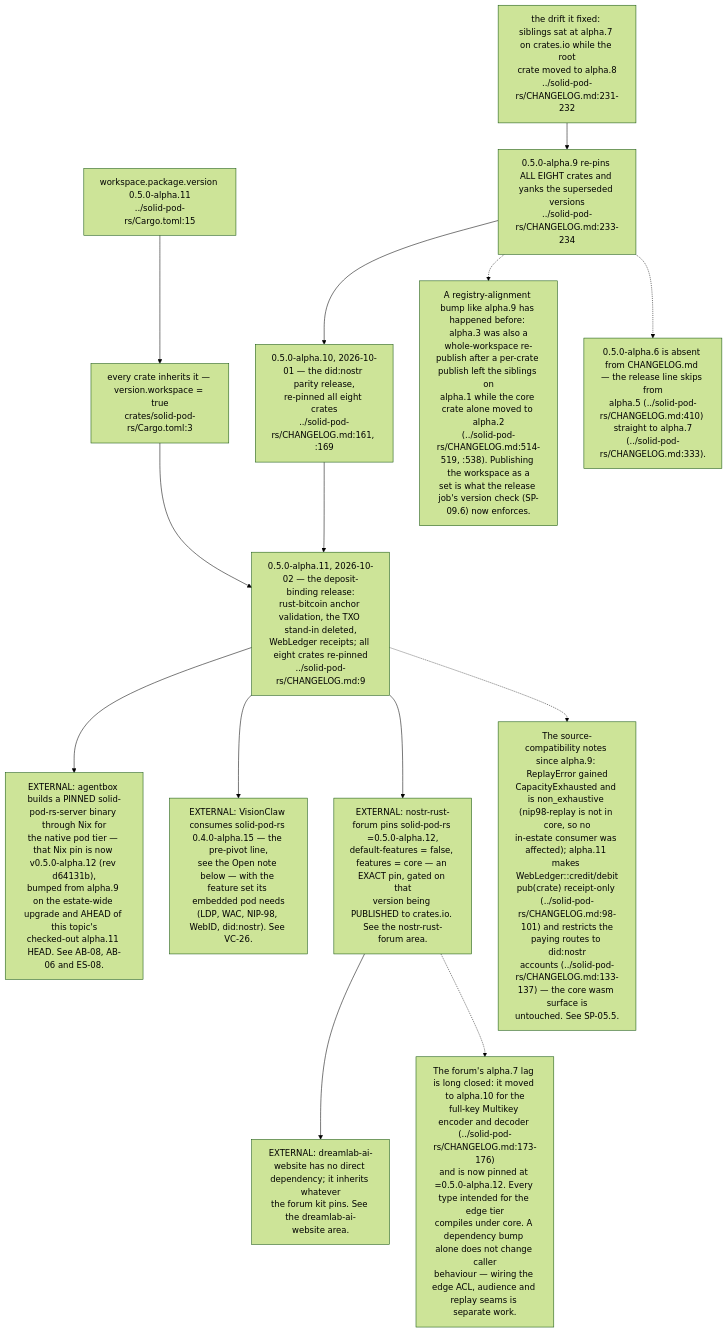
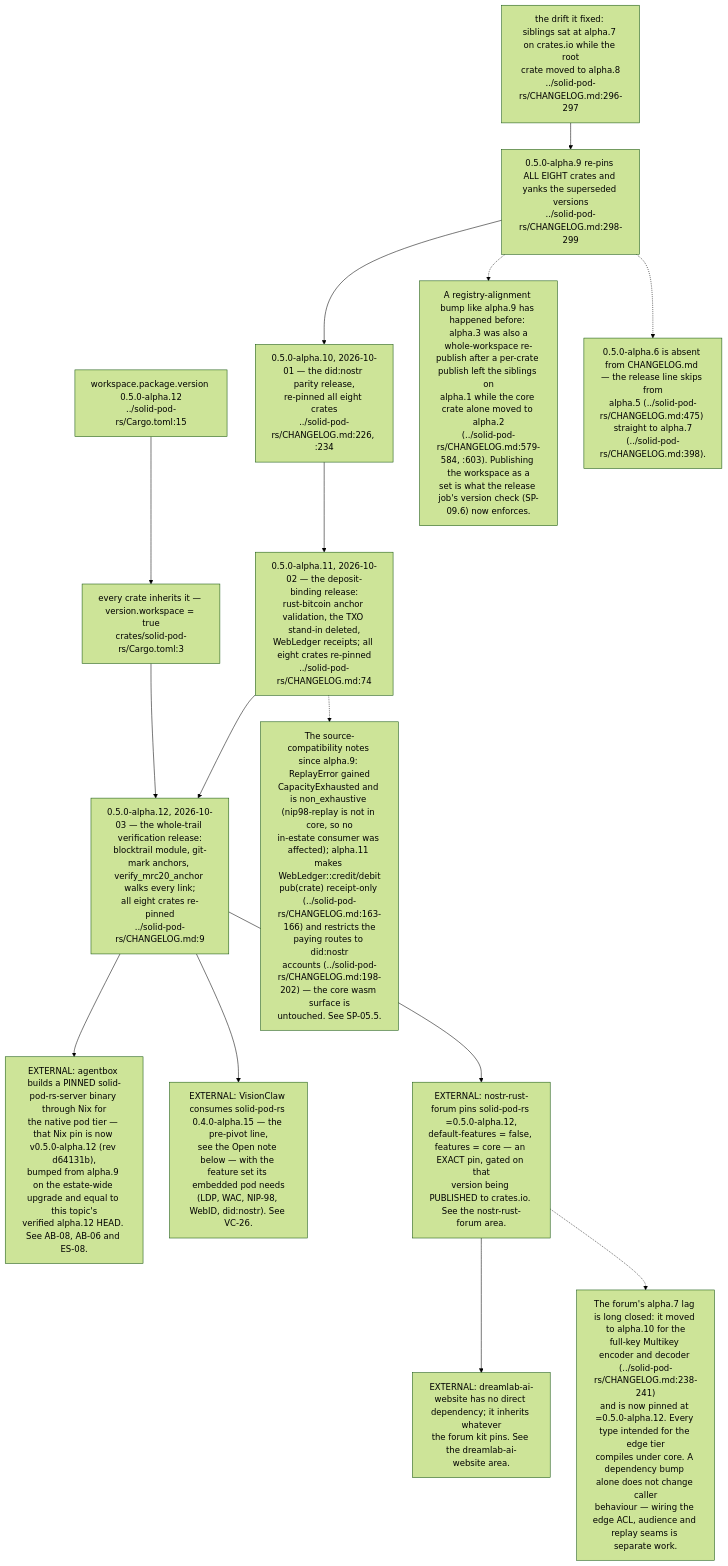
The fifth of 9 diagrams in docs/diagrams/solid-pod-rs/09-ci-release-and-consumer-pins.md (DreamLab-AI/VisionFlow), drawn with Mermaid (forest theme) before and after one commit. The commit also changed other lines of this file and 26 other files, not shown here.

First line of the commit message:
docs(diagrams): re-verify solid-pod-rs, nostr-rust-forum and visionclaw 22/36 against HEAD

````diff
--- a/docs/diagrams/solid-pod-rs/09-ci-release-and-consumer-pins.md
+++ b/docs/diagrams/solid-pod-rs/09-ci-release-and-consumer-pins.md
@@ -164,33 +164,35 @@
 ```mermaid
 flowchart TD
-    WSV["workspace.package.version 0.5.0-alpha.11<br/>../solid-pod-rs/Cargo.toml:15"]
+    WSV["workspace.package.version 0.5.0-alpha.12<br/>../solid-pod-rs/Cargo.toml:15"]
     INH["every crate inherits it — version.workspace = true<br/>crates/solid-pod-rs/Cargo.toml:3"]
-    REL11["0.5.0-alpha.11, 2026-10-02 — the deposit-binding release:<br/>rust-bitcoin anchor validation, the TXO stand-in deleted,<br/>WebLedger receipts; all eight crates re-pinned<br/>../solid-pod-rs/CHANGELOG.md:9"]
-    REL10["0.5.0-alpha.10, 2026-10-01 — the did:nostr parity release,<br/>re-pinned all eight crates<br/>../solid-pod-rs/CHANGELOG.md:161, :169"]
-    REL["0.5.0-alpha.9 re-pins ALL EIGHT crates and yanks the superseded versions<br/>../solid-pod-rs/CHANGELOG.md:233-234"]
-    DRIFT["the drift it fixed: siblings sat at alpha.7 on crates.io while the root<br/>crate moved to alpha.8<br/>../solid-pod-rs/CHANGELOG.md:231-232"]
+    REL12["0.5.0-alpha.12, 2026-10-03 — the whole-trail verification release:<br/>blocktrail module, git-mark anchors, verify_mrc20_anchor walks every link;<br/>all eight crates re-pinned<br/>../solid-pod-rs/CHANGELOG.md:9"]
+    REL11["0.5.0-alpha.11, 2026-10-02 — the deposit-binding release:<br/>rust-bitcoin anchor validation, the TXO stand-in deleted,<br/>WebLedger receipts; all eight crates re-pinned<br/>../solid-pod-rs/CHANGELOG.md:74"]
+    REL10["0.5.0-alpha.10, 2026-10-01 — the did:nostr parity release,<br/>re-pinned all eight crates<br/>../solid-pod-rs/CHANGELOG.md:226, :234"]
+    REL["0.5.0-alpha.9 re-pins ALL EIGHT crates and yanks the superseded versions<br/>../solid-pod-rs/CHANGELOG.md:298-299"]
+    DRIFT["the drift it fixed: siblings sat at alpha.7 on crates.io while the root<br/>crate moved to alpha.8<br/>../solid-pod-rs/CHANGELOG.md:296-297"]
 
-    WSV --> INH --> REL11
+    WSV --> INH --> REL12
+    REL11 --> REL12
     REL10 --> REL11
     REL --> REL10
     DRIFT --> REL
 
-    AB["EXTERNAL: agentbox builds a PINNED solid-pod-rs-server binary through Nix for<br/>the native pod tier — that Nix pin is now v0.5.0-alpha.12 (rev d64131b),<br/>bumped from alpha.9 on the estate-wide upgrade and AHEAD of this topic's<br/>checked-out alpha.11 HEAD. See AB-08, AB-06 and ES-08."]
+    AB["EXTERNAL: agentbox builds a PINNED solid-pod-rs-server binary through Nix for<br/>the native pod tier — that Nix pin is now v0.5.0-alpha.12 (rev d64131b),<br/>bumped from alpha.9 on the estate-wide upgrade and equal to this topic's<br/>verified alpha.12 HEAD. See AB-08, AB-06 and ES-08."]
     VC["EXTERNAL: VisionClaw consumes solid-pod-rs 0.4.0-alpha.15 — the pre-pivot line,<br/>see the Open note below — with the feature set its embedded pod needs<br/>(LDP, WAC, NIP-98, WebID, did:nostr). See VC-26."]
     NF["EXTERNAL: nostr-rust-forum pins solid-pod-rs =0.5.0-alpha.12,<br/>default-features = false, features = core — an EXACT pin, gated on that<br/>version being PUBLISHED to crates.io. See the nostr-rust-forum area."]
     DW["EXTERNAL: dreamlab-ai-website has no direct dependency; it inherits whatever<br/>the forum kit pins. See the dreamlab-ai-website area."]
 
-    REL11 --> AB
-    REL11 --> VC
-    REL11 --> NF
+    REL12 --> AB
+    REL12 --> VC
+    REL12 --> NF
     NF --> DW
 
-    N["The forum's alpha.7 lag is long closed: it moved to alpha.10 for the<br/>full-key Multikey encoder and decoder (../solid-pod-rs/CHANGELOG.md:173-176)<br/>and is now pinned at =0.5.0-alpha.12. Every type intended for the edge tier<br/>compiles under core. A dependency bump alone does not change caller<br/>behaviour — wiring the edge ACL, audience and replay seams is separate work."]
+    N["The forum's alpha.7 lag is long closed: it moved to alpha.10 for the<br/>full-key Multikey encoder and decoder (../solid-pod-rs/CHANGELOG.md:238-241)<br/>and is now pinned at =0.5.0-alpha.12. Every type intended for the edge tier<br/>compiles under core. A dependency bump alone does not change caller<br/>behaviour — wiring the edge ACL, audience and replay seams is separate work."]
     NF -.-> N
-    N2["The source-compatibility notes since alpha.9: ReplayError gained<br/>CapacityExhausted and is non_exhaustive (nip98-replay is not in core, so no<br/>in-estate consumer was affected); alpha.11 makes WebLedger::credit/debit<br/>pub(crate) receipt-only (../solid-pod-rs/CHANGELOG.md:98-101) and restricts the<br/>paying routes to did:nostr<br/>accounts (../solid-pod-rs/CHANGELOG.md:133-137) — the core wasm surface is<br/>untouched. See SP-05.5."]
+    N2["The source-compatibility notes since alpha.9: ReplayError gained<br/>CapacityExhausted and is non_exhaustive (nip98-replay is not in core, so no<br/>in-estate consumer was affected); alpha.11 makes WebLedger::credit/debit<br/>pub(crate) receipt-only (../solid-pod-rs/CHANGELOG.md:163-166) and restricts the<br/>paying routes to did:nostr<br/>accounts (../solid-pod-rs/CHANGELOG.md:198-202) — the core wasm surface is<br/>untouched. See SP-05.5."]
     REL11 -.-> N2
-    N3["A registry-alignment bump like alpha.9 has happened before: alpha.3 was also a<br/>whole-workspace re-publish after a per-crate publish left the siblings on<br/>alpha.1 while the core crate alone moved to alpha.2<br/>(../solid-pod-rs/CHANGELOG.md:514-519, :538). Publishing the workspace as a<br/>set is what the release job's version check (SP-09.6) now enforces."]
+    N3["A registry-alignment bump like alpha.9 has happened before: alpha.3 was also a<br/>whole-workspace re-publish after a per-crate publish left the siblings on<br/>alpha.1 while the core crate alone moved to alpha.2<br/>(../solid-pod-rs/CHANGELOG.md:579-584, :603). Publishing the workspace as a<br/>set is what the release job's version check (SP-09.6) now enforces."]
     REL -.-> N3
-    N4["0.5.0-alpha.6 is absent from CHANGELOG.md — the release line skips from<br/>alpha.5 (../solid-pod-rs/CHANGELOG.md:410) straight to alpha.7<br/>(../solid-pod-rs/CHANGELOG.md:333)."]
+    N4["0.5.0-alpha.6 is absent from CHANGELOG.md — the release line skips from<br/>alpha.5 (../solid-pod-rs/CHANGELOG.md:475) straight to alpha.7<br/>(../solid-pod-rs/CHANGELOG.md:398)."]
     REL -.-> N4
 ```
````
